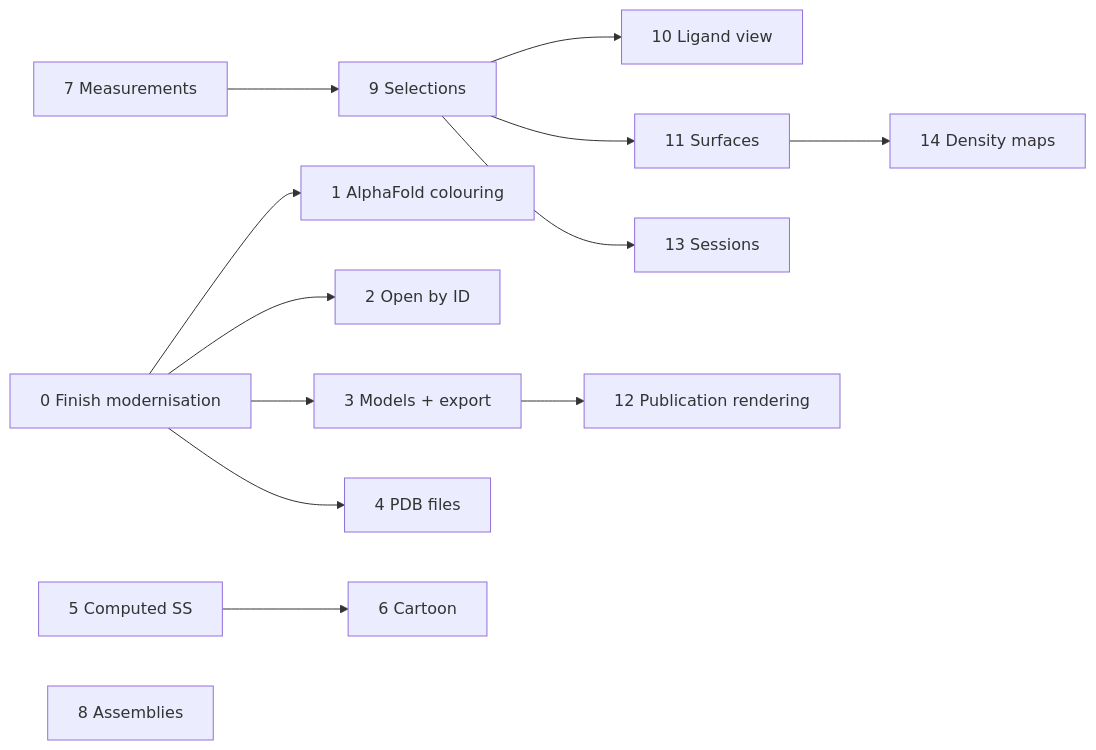
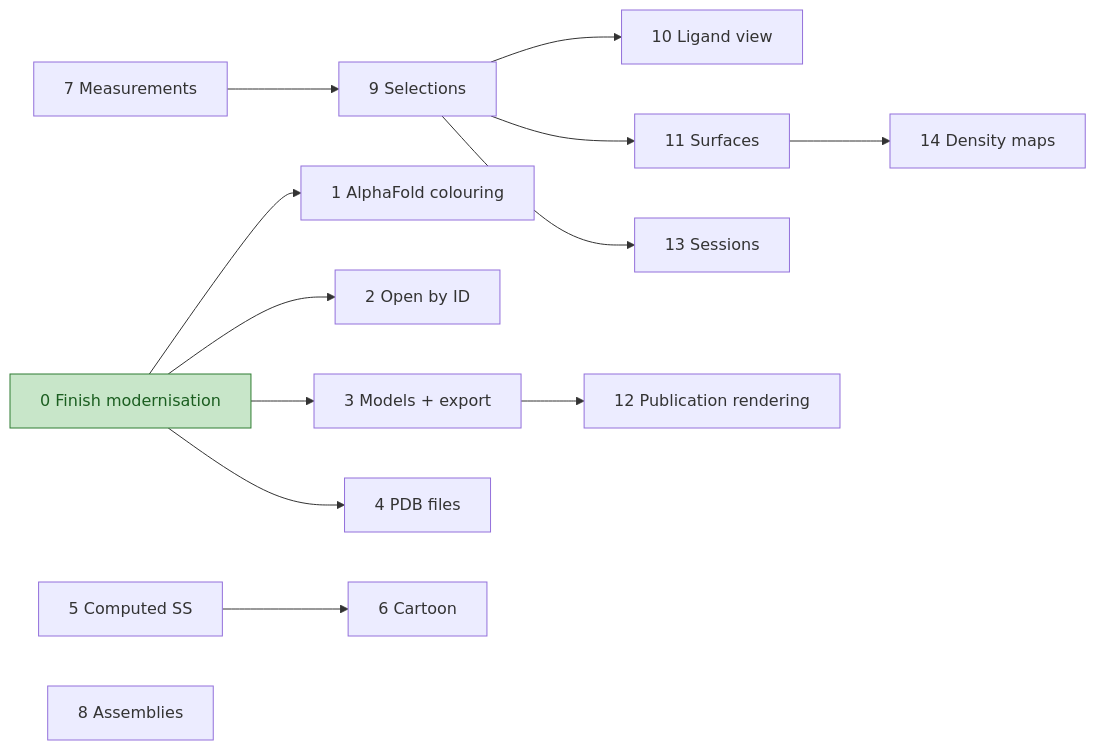
The diagram in docs/roadmap.md (PorridgeBear/jmvs), drawn with Mermaid before and after one commit. The commit also changed other lines of this file and 1 other file, not shown here.

Commit message:
docs: Update AGENTS and roadmap documentation to clarify status update procedures for feature slices

````diff
--- a/docs/roadmap.md
+++ b/docs/roadmap.md
@@ -31,15 +37,19 @@
 ```mermaid
 flowchart LR
     S0[0 Finish modernisation] --> S1[1 AlphaFold colouring]
     S0 --> S2[2 Open by ID]
     S0 --> S3[3 Models + export]
     S0 --> S4[4 PDB files]
     S5[5 Computed SS] --> S6[6 Cartoon]
     S7[7 Measurements] --> S9[9 Selections]
     S9 --> S10[10 Ligand view]
     S9 --> S11[11 Surfaces]
     S9 --> S13[13 Sessions]
     S3 --> S12[12 Publication rendering]
     S11 --> S14[14 Density maps]
     S8[8 Assemblies]
+
+    classDef done fill:#c8e6c9,stroke:#2e7d32,color:#1b5e20
+    classDef inProgress fill:#fff3c4,stroke:#f9a825,color:#5d4000
+    class S0 done
 ```
````
